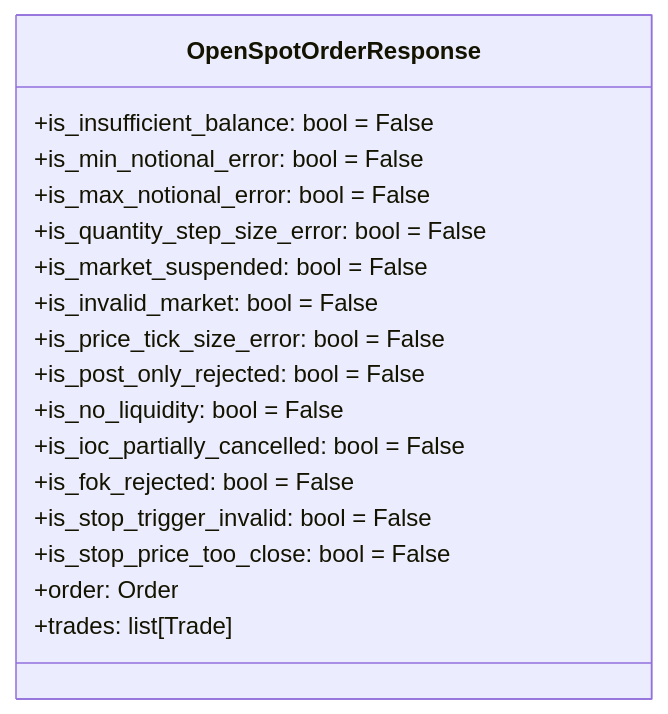
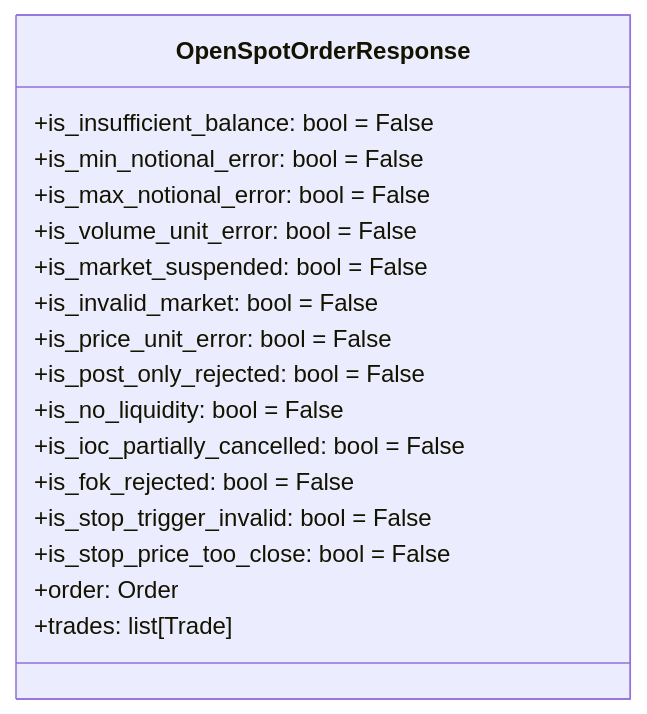
One commit to gatesplan/python-toolbox changed the second of 15 diagrams in packages/financial-assets/financial_assets/response/Architecture.md. Above: the diagram before and after it, drawn with Mermaid. The commit also changed other lines of this file and 1 other file, not shown here.

````diff
--- a/packages/financial-assets/financial_assets/response/Architecture.md
+++ b/packages/financial-assets/financial_assets/response/Architecture.md
@@ -74,20 +74,20 @@
 ```mermaid
 classDiagram
     class OpenSpotOrderResponse {
         +is_insufficient_balance: bool = False
         +is_min_notional_error: bool = False
         +is_max_notional_error: bool = False
-        +is_quantity_step_size_error: bool = False
+        +is_volume_unit_error: bool = False
         +is_market_suspended: bool = False
         +is_invalid_market: bool = False
-        +is_price_tick_size_error: bool = False
+        +is_price_unit_error: bool = False
         +is_post_only_rejected: bool = False
         +is_no_liquidity: bool = False
         +is_ioc_partially_cancelled: bool = False
         +is_fok_rejected: bool = False
         +is_stop_trigger_invalid: bool = False
         +is_stop_price_too_close: bool = False
         +order: Order
         +trades: list[Trade]
     }
 ```
````
